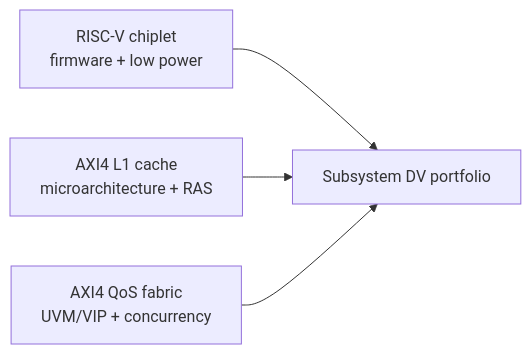
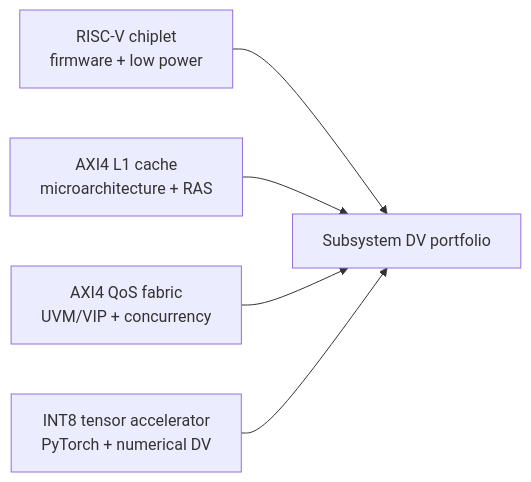
The diagram in README.md (ed766/ed766), drawn with Mermaid before and after one commit. The commit also changed other lines of this file and 2 other files, not shown here.

Commit message:
Add PyTorch accelerator to DV portfolio

````diff
--- a/README.md
+++ b/README.md
@@ -23,6 +24,7 @@
 ```mermaid
 flowchart LR
   SOC["RISC-V chiplet\nfirmware + low power"] --> PORT["Subsystem DV portfolio"]
   L1["AXI4 L1 cache\nmicroarchitecture + RAS"] --> PORT
   FAB["AXI4 QoS fabric\nUVM/VIP + concurrency"] --> PORT
+  ML["INT8 tensor accelerator\nPyTorch + numerical DV"] --> PORT
 ```
````
